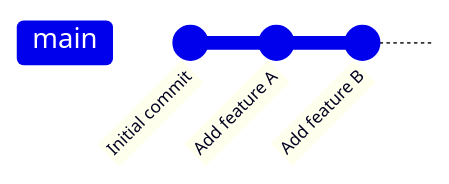
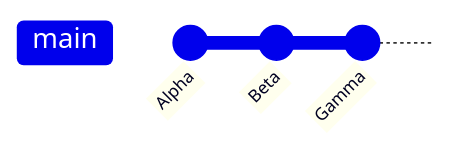
Before and after one commit to teachingai/full-stack-skills: the second of 22 diagrams in skills/mermaid/examples/gitgraph.md, drawn with Mermaid. The commit also changed other lines of this file and 1 other file, not shown here.

First line of the commit message:
docs(mermaid): 更新甘特图和Git图表示例文档

````diff
--- a/skills/mermaid/examples/gitgraph.md
+++ b/skills/mermaid/examples/gitgraph.md
@@ -23,6 +36,6 @@
 ```mermaid
 gitGraph
-    commit id: "Initial commit"
-    commit id: "Add feature A"
-    commit id: "Add feature B"
+    commit id: "Alpha"
+    commit id: "Beta"
+    commit id: "Gamma"
 ```
````
